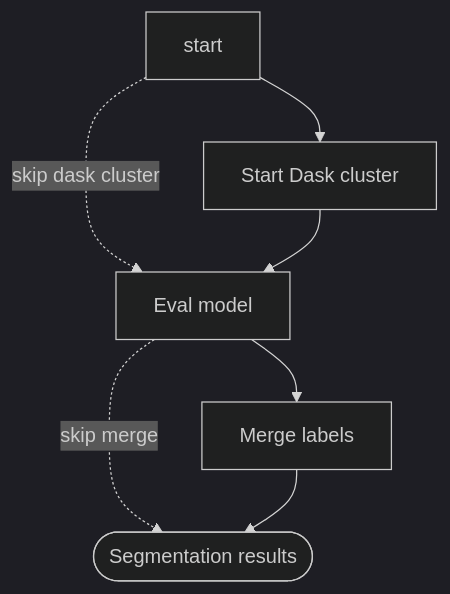
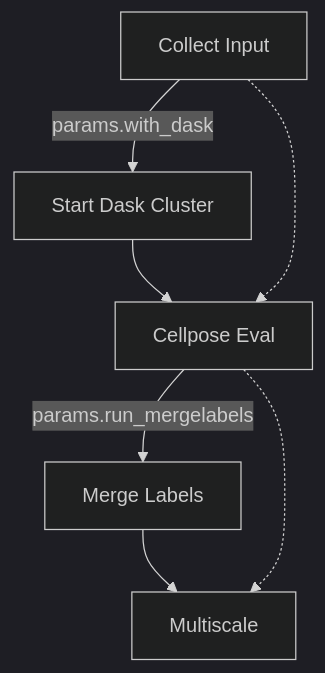
The diagram in docs/pipeline.md (JaneliaSciComp/nf-cellpose), drawn with Mermaid (dark theme) before and after one commit. The commit also changed other lines of this file and 4 other files, not shown here.

````diff
--- a/docs/pipeline.md
+++ b/docs/pipeline.md
@@ -7,9 +7,9 @@
 ```mermaid
 flowchart TD
-    start --> dask
-    start -. "skip dask cluster" .-> eval
-    dask["Start Dask cluster"] --> eval["Eval model"]
-    eval --> merge["Merge labels"]
-    eval -. "skip merge" .-> done([Segmentation results])
-    merge --> done
+    input[Collect Input] -- params.with_dask --> start_dask[Start Dask Cluster]
+    start_dask --> eval[Cellpose Eval]
+    input -.-> eval
+    eval -- params.run_mergelabels --> merge[Merge Labels]
+    merge --> multiscale[Multiscale]
+    eval -.-> multiscale
 ```
````
